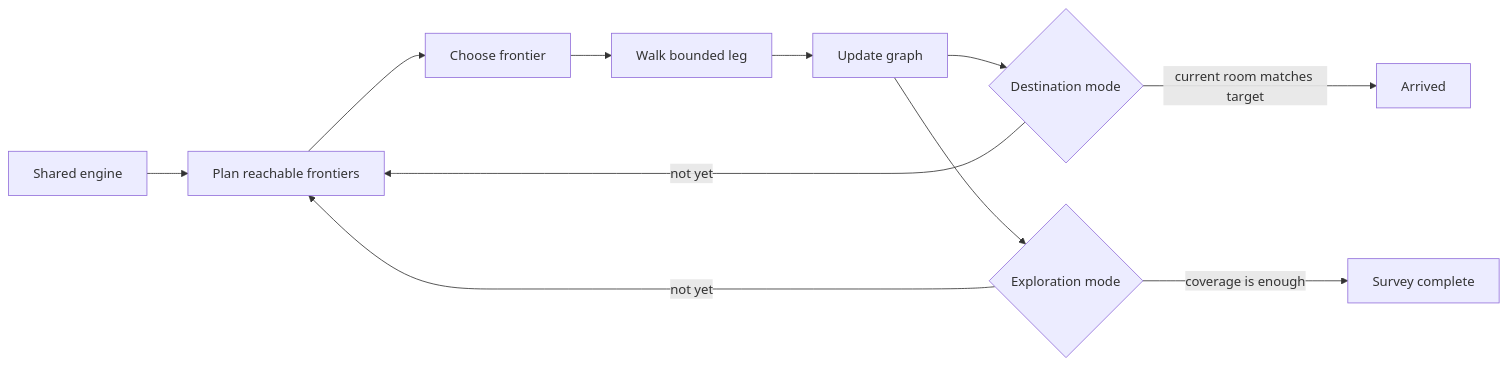
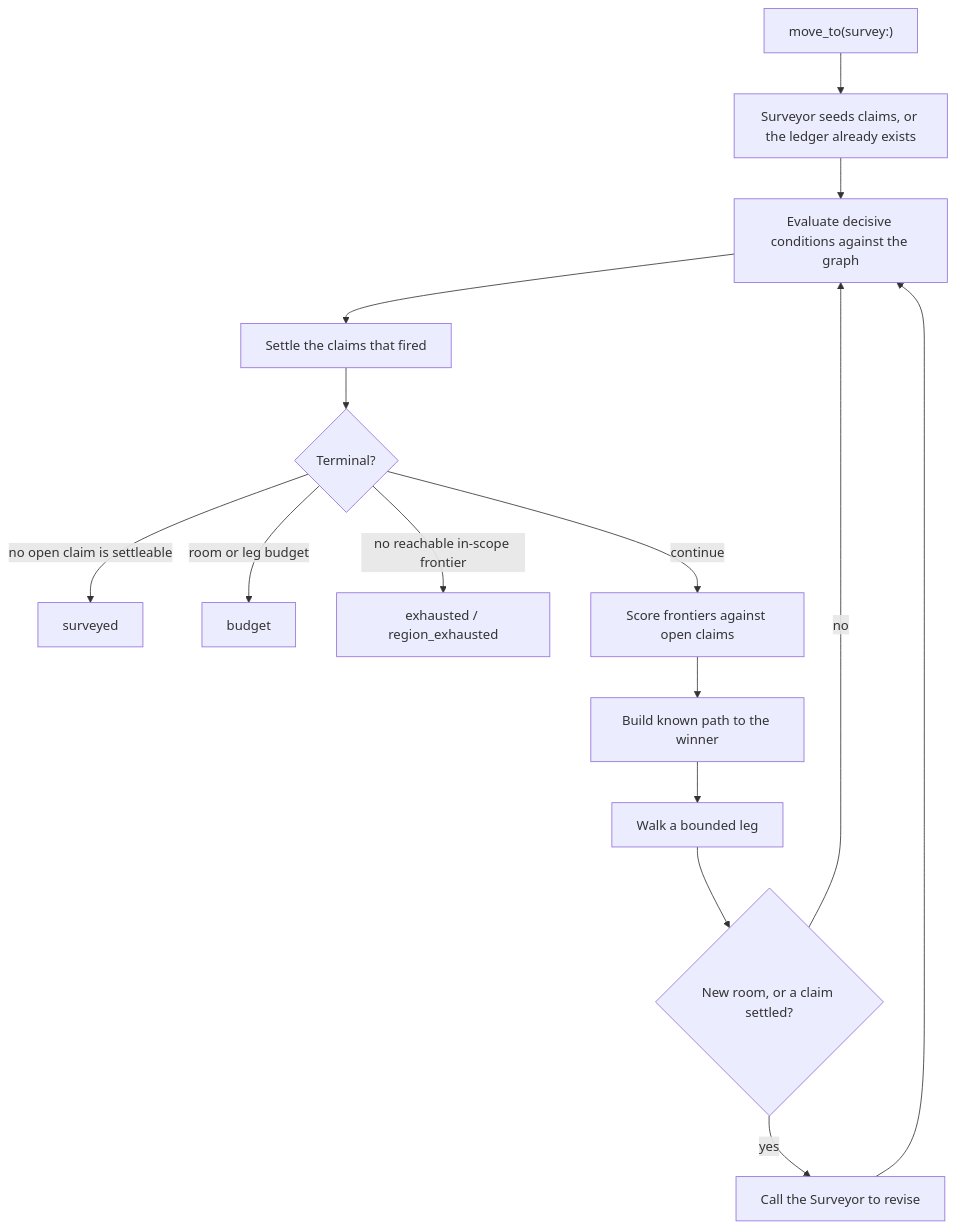
Before and after one commit to fallenfuzz/claude-code-camp-2026-Q2-MAIN: the eighth of 8 diagrams in docs/architecture/move_to.md, drawn with Mermaid. The commit also changed other lines of this file and 53 other files, not shown here.

````diff
--- a/docs/architecture/move_to.md
+++ b/docs/architecture/move_to.md
@@ -775,15 +938,19 @@
 ```mermaid
-flowchart LR
-    A["Shared engine"] --> P["Plan reachable frontiers"]
-    P --> C["Choose frontier"]
-    C --> W["Walk bounded leg"]
-    W --> U["Update graph"]
+flowchart TD
+    START["move_to(survey:)"] --> SEED["Surveyor seeds claims, or the ledger already exists"]
+    SEED --> EVAL["Evaluate decisive conditions against the graph"]
+    EVAL --> RETIRE["Settle the claims that fired"]
+    RETIRE --> GATE{"Terminal?"}
 
-    U --> D{"Destination mode"}
-    D -->|"current room matches target"| DA["Arrived"]
-    D -->|"not yet"| P
+    GATE -->|"no open claim is settleable"| DONE["surveyed"]
+    GATE -->|"room or leg budget"| BUDGET["budget"]
+    GATE -->|"no reachable in-scope frontier"| EX["exhausted / region_exhausted"]
+    GATE -->|"continue"| SCORE["Score frontiers against open claims"]
 
-    U --> E{"Exploration mode"}
-    E -->|"coverage is enough"| EA["Survey complete"]
-    E -->|"not yet"| P
+    SCORE --> ROUTE["Build known path to the winner"]
+    ROUTE --> WALK["Walk a bounded leg"]
+    WALK --> CHANGED{"New room, or a claim settled?"}
+    CHANGED -->|"yes"| ASK["Call the Surveyor to revise"]
+    CHANGED -->|"no"| EVAL
+    ASK --> EVAL
 ```
````
